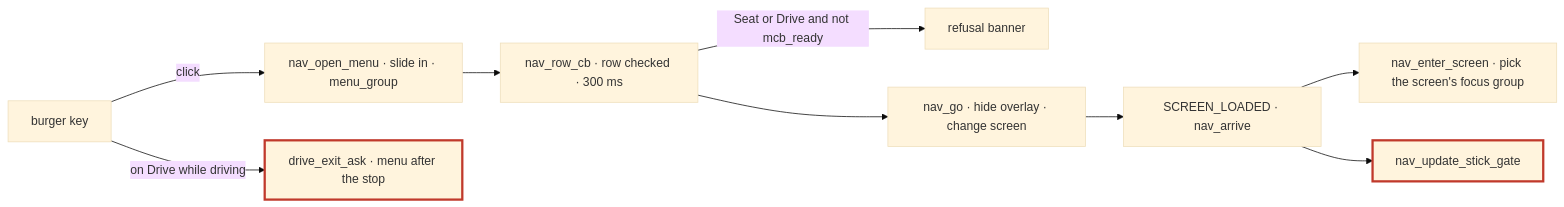
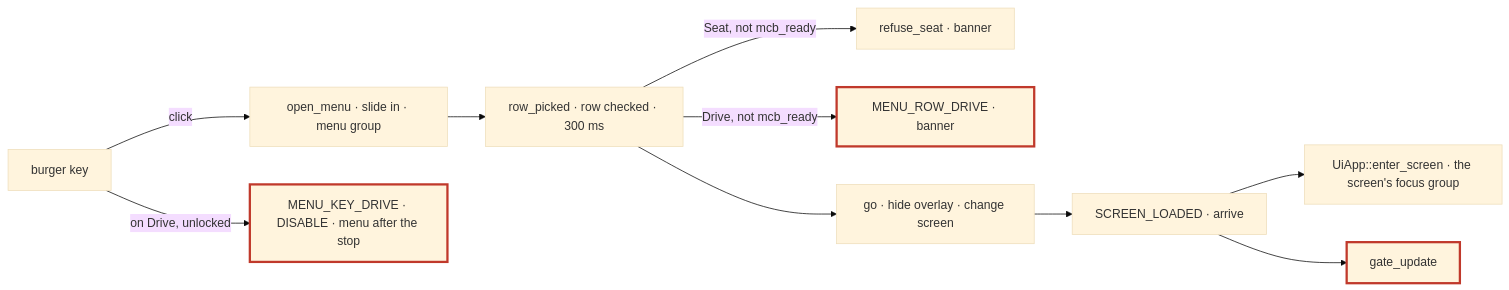
One commit to rammp-org/pace-hmi-fw changed the seventh of 8 diagrams in docs/how-the-firmware-works.md. Above: the diagram before and after it, drawn with Mermaid (base theme). The commit also changed other lines of this file, not shown here.

````diff
--- a/docs/how-the-firmware-works.md
+++ b/docs/how-the-firmware-works.md
@@ -543,14 +741,15 @@
 ```mermaid
 flowchart LR
-  key["burger key"] -->|click| opn["nav_open_menu · slide in · menu_group"]
-  opn --> row["nav_row_cb · row checked · 300 ms"]
-  row -->|"Seat or Drive and not mcb_ready"| ref["refusal banner"]
-  row --> go["nav_go · hide overlay · change screen"]
-  go --> arrive["SCREEN_LOADED · nav_arrive"]
-  arrive --> grp["nav_enter_screen · pick the screen's focus group"]
-  arrive --> gate["nav_update_stick_gate"]:::safety
-  key -->|"on Drive while driving"| ex["drive_exit_ask · menu after the stop"]:::safety
+  key["burger key"] -->|click| opn["open_menu · slide in · menu group"]
+  opn --> row["row_picked · row checked · 300 ms"]
+  row -->|"Seat, not mcb_ready"| ref["refuse_seat · banner"]
+  row -->|"Drive, not mcb_ready"| refd["MENU_ROW_DRIVE · banner"]:::safety
+  row --> go["go · hide overlay · change screen"]
+  go --> arrive["SCREEN_LOADED · arrive"]
+  arrive --> grp["UiApp::enter_screen · the screen's focus group"]
+  arrive --> gate["gate_update"]:::safety
+  key -->|"on Drive, unlocked"| ex["MENU_KEY_DRIVE · DISABLE · menu after the stop"]:::safety
   classDef hw fill:#d9dde3,stroke:#7a8590,color:#111
   classDef safety stroke:#c0392b,stroke-width:3px
   classDef gen stroke-dasharray:5 4
 ```
````
